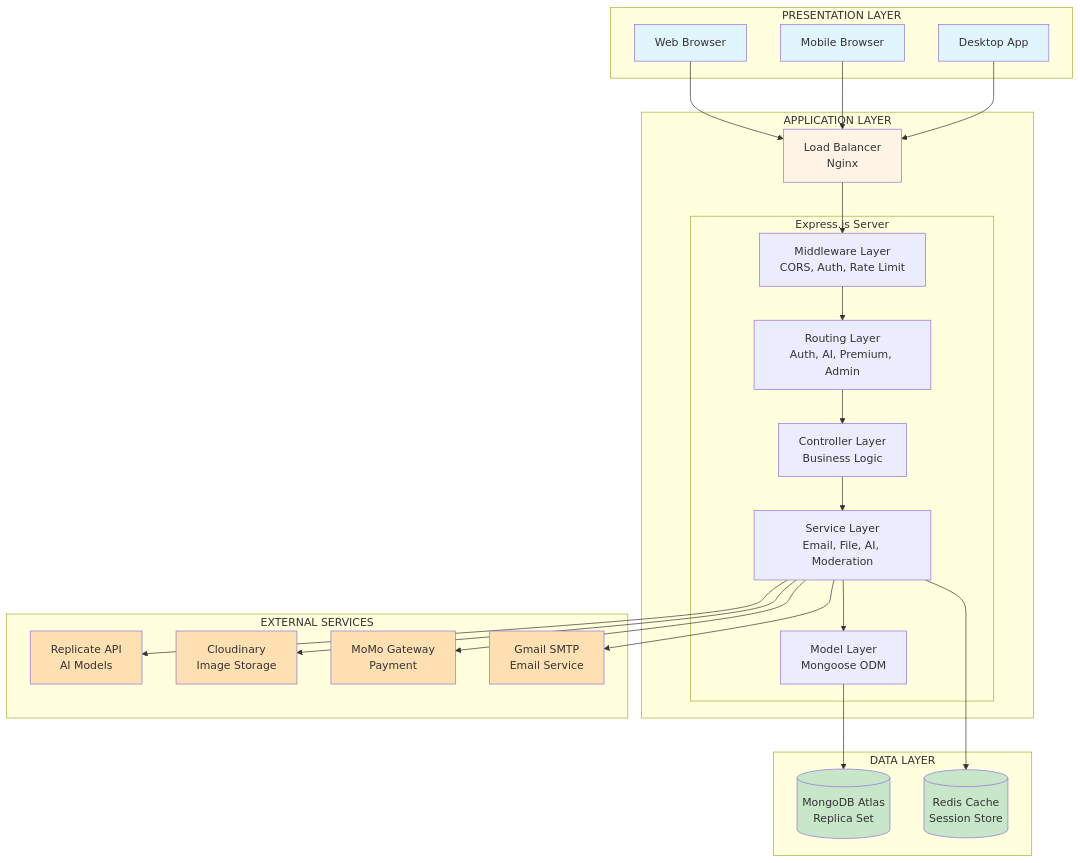
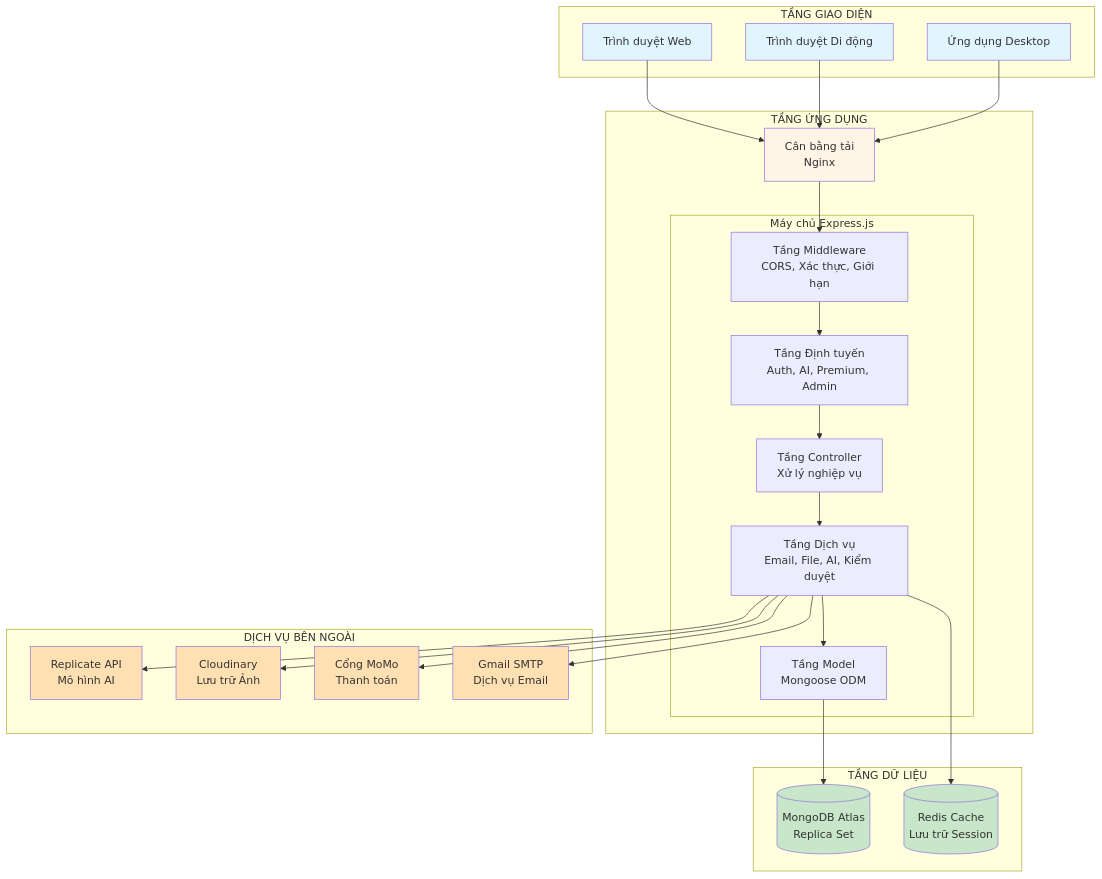
One commit to Son1BeYew/AIStudio changed the first of 8 diagrams in DIAGRAMS.md. Above: the diagram before and after it, drawn with Mermaid. The commit also changed other lines of this file, not shown here.

````diff
--- a/DIAGRAMS.md
+++ b/DIAGRAMS.md
@@ -12,61 +12,61 @@
 ```mermaid
 graph TB
-    subgraph "PRESENTATION LAYER"
-        Browser[Web Browser]
-        Mobile[Mobile Browser]
-        Desktop[Desktop App]
+    subgraph "TẦNG GIAO DIỆN"
+        Browser[Trình duyệt Web]
+        Mobile[Trình duyệt Di động]
+        Desktop[Ứng dụng Desktop]
     end
     
-    subgraph "APPLICATION LAYER"
-        LB[Load Balancer<br/>Nginx]
+    subgraph "TẦNG ỨNG DỤNG"
+        LB[Cân bằng tải<br/>Nginx]
         
-        subgraph "Express.js Server"
-            MW[Middleware Layer<br/>CORS, Auth, Rate Limit]
-            Routes[Routing Layer<br/>Auth, AI, Premium, Admin]
-            Controllers[Controller Layer<br/>Business Logic]
-            Services[Service Layer<br/>Email, File, AI, Moderation]
-            Models[Model Layer<br/>Mongoose ODM]
+        subgraph "Máy chủ Express.js"
+            MW[Tầng Middleware<br/>CORS, Xác thực, Giới hạn]
+            Routes[Tầng Định tuyến<br/>Auth, AI, Premium, Admin]
+            Controllers[Tầng Controller<br/>Xử lý nghiệp vụ]
+            Services[Tầng Dịch vụ<br/>Email, File, AI, Kiểm duyệt]
+            Models[Tầng Model<br/>Mongoose ODM]
         end
     end
     
-    subgraph "DATA LAYER"
+    subgraph "TẦNG DỮ LIỆU"
         MongoDB[(MongoDB Atlas<br/>Replica Set)]
-        Redis[(Redis Cache<br/>Session Store)]
+        Redis[(Redis Cache<br/>Lưu trữ Session)]
     end
     
-    subgraph "EXTERNAL SERVICES"
-        Replicate[Replicate API<br/>AI Models]
-        Cloudinary[Cloudinary<br/>Image Storage]
-        MoMo[MoMo Gateway<br/>Payment]
-        Gmail[Gmail SMTP<br/>Email Service]
+    subgraph "DỊCH VỤ BÊN NGOÀI"
+        Replicate[Replicate API<br/>Mô hình AI]
+        Cloudinary[Cloudinary<br/>Lưu trữ Ảnh]
+        MoMo[Cổng MoMo<br/>Thanh toán]
+        Gmail[Gmail SMTP<br/>Dịch vụ Email]
     end
     
     Browser --> LB
     Mobile --> LB
     Desktop --> LB
     
     LB --> MW
     MW --> Routes
     Routes --> Controllers
     Controllers --> Services
     Services --> Models
     
     Models --> MongoDB
     Services --> Redis
     
     Services --> Replicate
     Services --> Cloudinary
     Services --> MoMo
     Services --> Gmail
     
     style Browser fill:#e1f5ff
     style Mobile fill:#e1f5ff
     style Desktop fill:#e1f5ff
     style LB fill:#fff4e6
     style MongoDB fill:#c8e6c9
     style Redis fill:#c8e6c9
     style Replicate fill:#ffe0b2
     style Cloudinary fill:#ffe0b2
     style MoMo fill:#ffe0b2
     style Gmail fill:#ffe0b2
 ```
````
